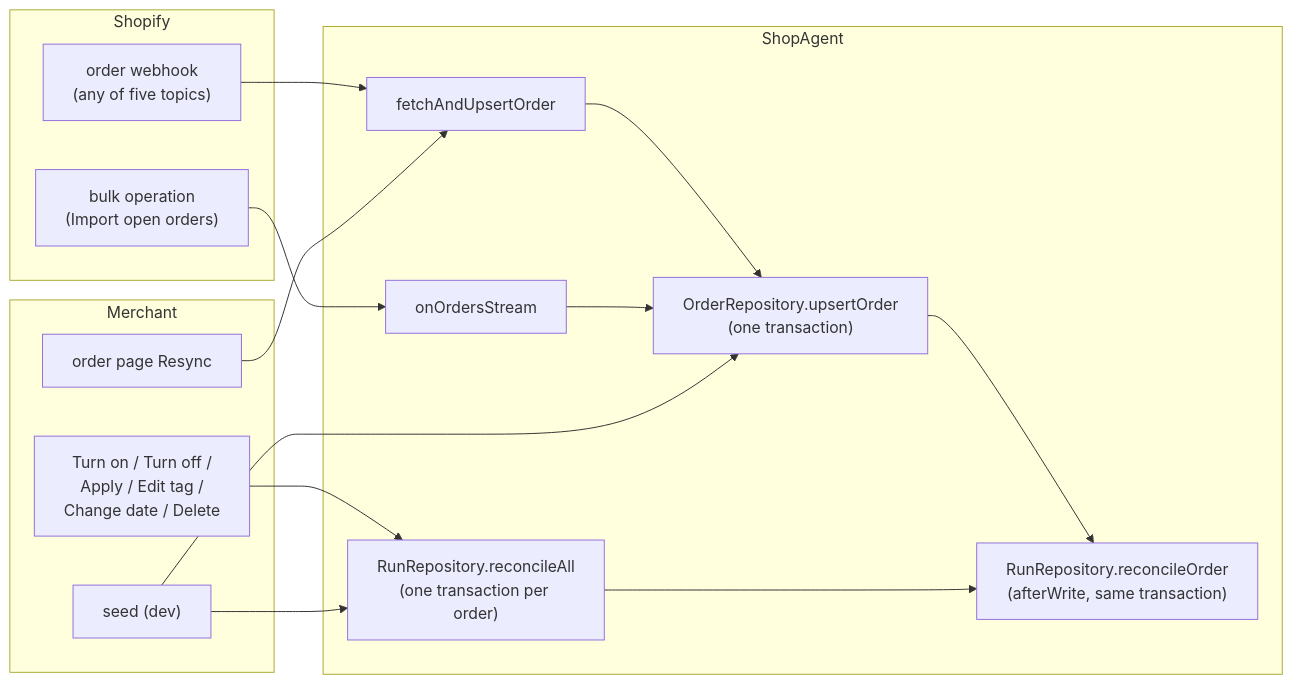
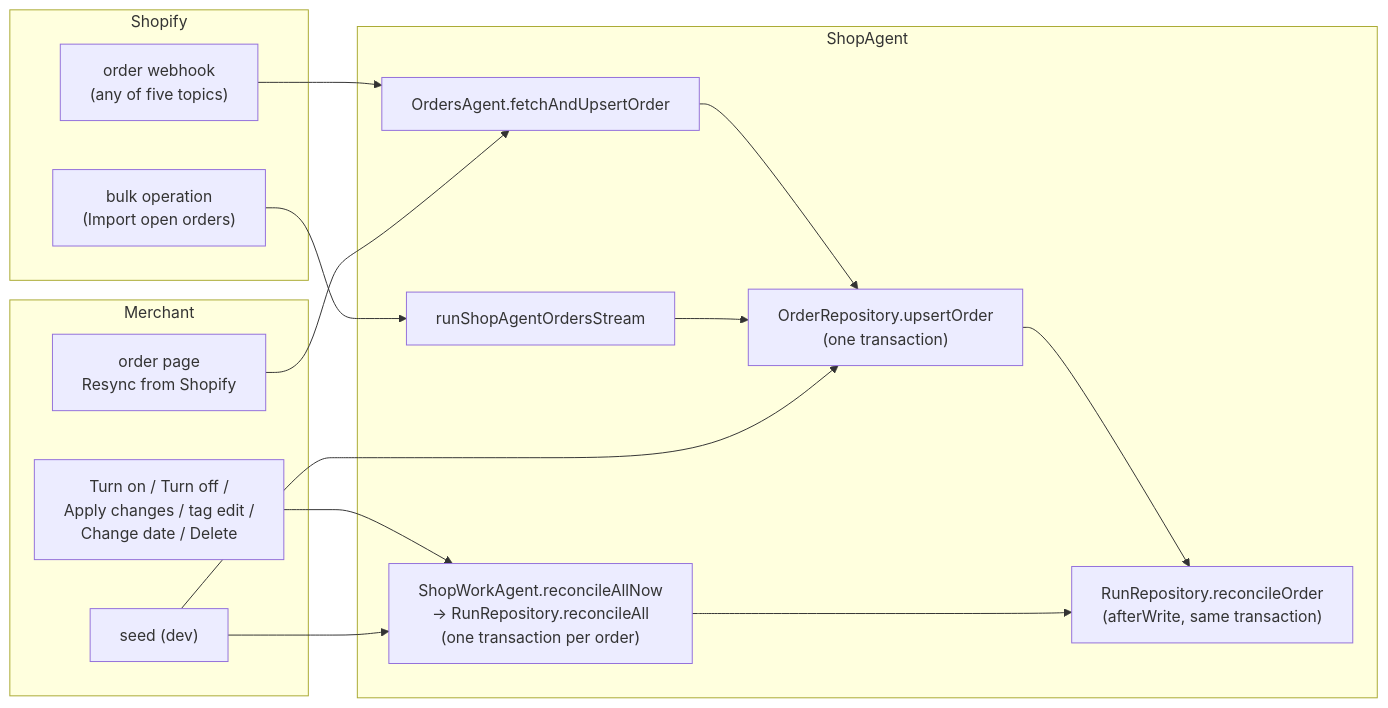
One commit to mw10013/baton changed the first of 2 diagrams in docs/reconcile-research.md. Above: the diagram before and after it, drawn with Mermaid. The commit also changed other lines of this file and 35 other files, not shown here.

First line of the commit message:
Cut the workflow coverage date; reconcile per item from derived matches

````diff
--- a/docs/reconcile-research.md
+++ b/docs/reconcile-research.md
@@ -52,29 +80,29 @@
 ```mermaid
 flowchart LR
   subgraph shopify [Shopify]
     WH["order webhook<br/>(any of five topics)"]
     BULK["bulk operation<br/>(Import open orders)"]
   end
   subgraph merchant [Merchant]
-    REFRESH["order page Resync"]
-    TURN["Turn on / Turn off /<br/>Apply / Edit tag /<br/>Change date / Delete"]
+    RESYNC["order page<br/>Resync from Shopify"]
+    TURN["Turn on / Turn off /<br/>Apply changes / tag edit /<br/>Change date / Delete"]
     SEED["seed (dev)"]
   end
-  subgraph agent [ShopAgent]
-    FETCH["fetchAndUpsertOrder"]
-    STREAM["onOrdersStream"]
+  subgraph object [ShopAgent]
+    FETCH["OrdersAgent.fetchAndUpsertOrder"]
+    STREAM["runShopAgentOrdersStream"]
     UPSERT["OrderRepository.upsertOrder<br/>(one transaction)"]
     ONE["RunRepository.reconcileOrder<br/>(afterWrite, same transaction)"]
-    ALL["RunRepository.reconcileAll<br/>(one transaction per order)"]
+    ALL["ShopWorkAgent.reconcileAllNow<br/>→ RunRepository.reconcileAll<br/>(one transaction per order)"]
   end
   WH --> FETCH
-  REFRESH --> FETCH
+  RESYNC --> FETCH
   BULK --> STREAM
   FETCH --> UPSERT
   STREAM --> UPSERT
   UPSERT --> ONE
   TURN --> ALL
   SEED --> UPSERT
   SEED --> ALL
   ALL --> ONE
 ```
````
